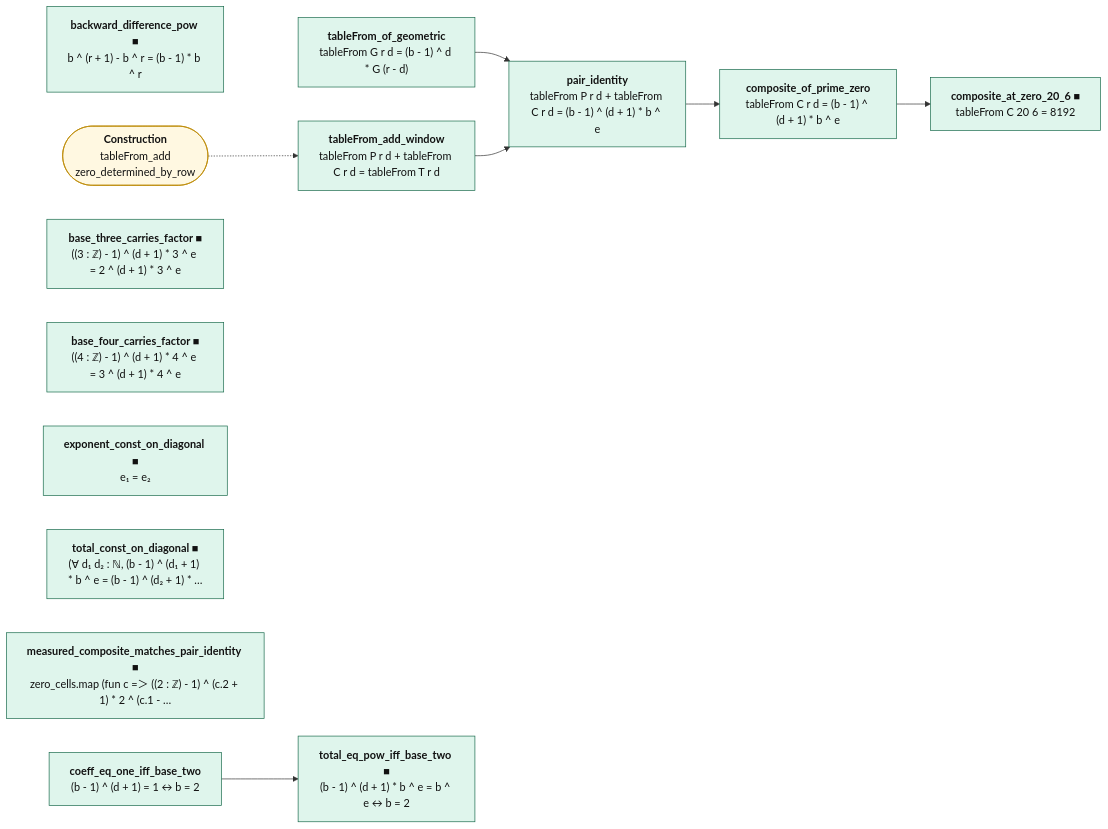
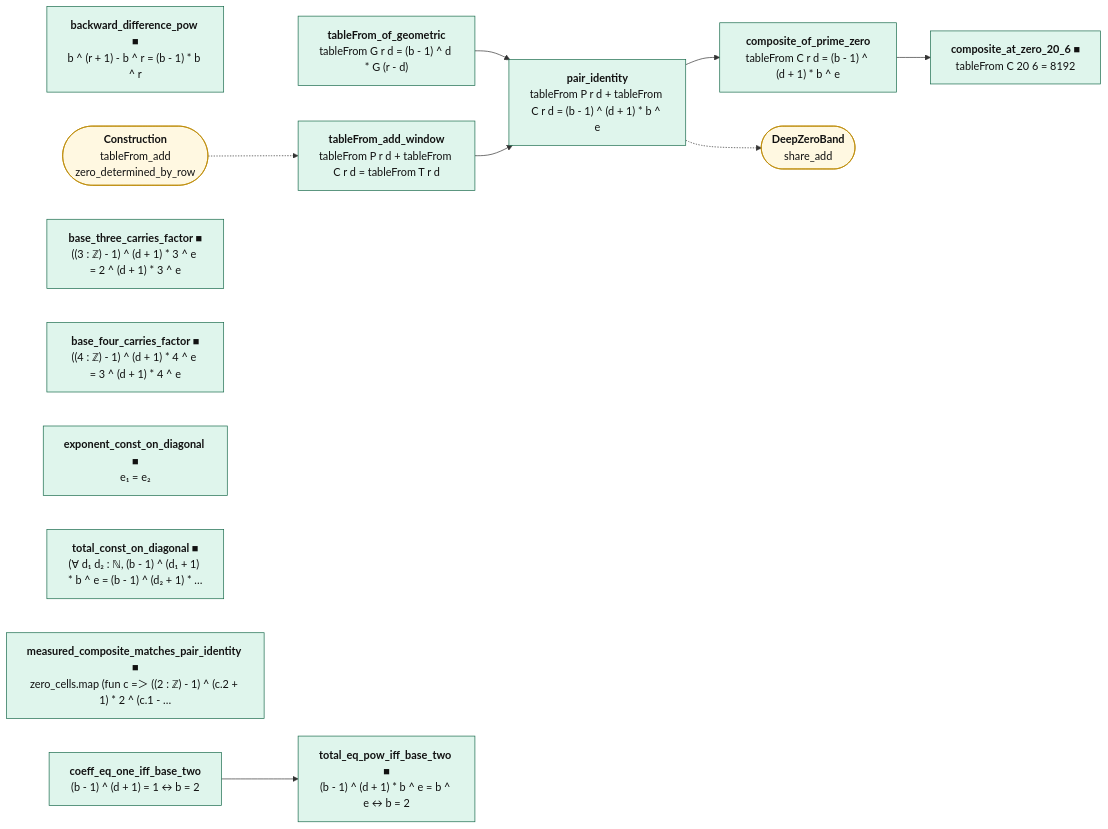
The diagram in map/lean/PairIdentity.mmd (juliansambranojr/Primebeat_081426), drawn with Mermaid before and after one commit. The commit also changed 20 other files, not shown here.

First line of the commit message:
Map refreshed from Lean after B1 (DeepZeroBand)

```diff
--- a/map/lean/PairIdentity.mmd
+++ b/map/lean/PairIdentity.mmd
@@ -1,29 +1,31 @@
 flowchart LR
   n0["<b>backward_difference_pow ■</b><br/>b ^ (r + 1) - b ^ r = (b - 1) * b ^ r"]:::cnt
   n1["<b>tableFrom_of_geometric</b><br/>tableFrom G r d = (b - 1) ^ d * G (r - d)"]:::cnt
   n2["<b>tableFrom_add_window</b><br/>tableFrom P r d + tableFrom C r d = tableFrom T r d"]:::cnt
   n3["<b>pair_identity</b><br/>tableFrom P r d + tableFrom C r d = (b - 1) ^ (d + 1) * b ^ e"]:::cnt
   n4["<b>composite_of_prime_zero</b><br/>tableFrom C r d = (b - 1) ^ (d + 1) * b ^ e"]:::cnt
   n5["<b>coeff_eq_one_iff_base_two</b><br/>(b - 1) ^ (d + 1) = 1 ↔ b = 2"]:::cnt
   n6["<b>total_eq_pow_iff_base_two ■</b><br/>(b - 1) ^ (d + 1) * b ^ e = b ^ e ↔ b = 2"]:::cnt
   n7["<b>base_three_carries_factor ■</b><br/>((3 : ℤ) - 1) ^ (d + 1) * 3 ^ e = 2 ^ (d + 1) * 3 ^ e"]:::cnt
   n8["<b>base_four_carries_factor ■</b><br/>((4 : ℤ) - 1) ^ (d + 1) * 4 ^ e = 3 ^ (d + 1) * 4 ^ e"]:::cnt
   n9["<b>exponent_const_on_diagonal ■</b><br/>e₁ = e₂"]:::cnt
   n10["<b>total_const_on_diagonal ■</b><br/>(∀ d₁ d₂ : ℕ, (b - 1) ^ (d₁ + 1) * b ^ e = (b - 1) ^ (d₂ + 1) * …"]:::cnt
   n11["<b>measured_composite_matches_pair_identity ■</b><br/>zero_cells.map (fun c =＞ ((2 : ℤ) - 1) ^ (c.2 + 1) * 2 ^ (c.1 - …"]:::cnt
   n12["<b>composite_at_zero_20_6 ■</b><br/>tableFrom C 20 6 = 8192"]:::cnt
   x0(["<b>Construction</b><br/>tableFrom_add<br/>zero_determined_by_row"]):::ext
+  x1(["<b>DeepZeroBand</b><br/>share_add"]):::ext
   n1 --> n3
   n2 --> n3
   n3 --> n4
   n4 --> n12
   n5 --> n6
+  n3 -.-> x1
   x0 -.-> n2
   classDef cnt fill:#dff5ec,stroke:#17694a,color:#111
   classDef shp fill:#f1ecfb,stroke:#5b3fa0,color:#111
   classDef rh fill:#ffe5e5,stroke:#c22,color:#111,stroke-width:2px
   classDef thm fill:#eef4ff,stroke:#335,color:#111
   classDef end_ fill:#e7f7e7,stroke:#2a7,color:#111,stroke-width:2px
   classDef lone fill:#fff,stroke:#999,color:#111,stroke-dasharray:4 3
   classDef bad fill:#ffe5e5,stroke:#c22,color:#111,stroke-width:2px
   classDef ext fill:#fff8e1,stroke:#b80,color:#111
```
